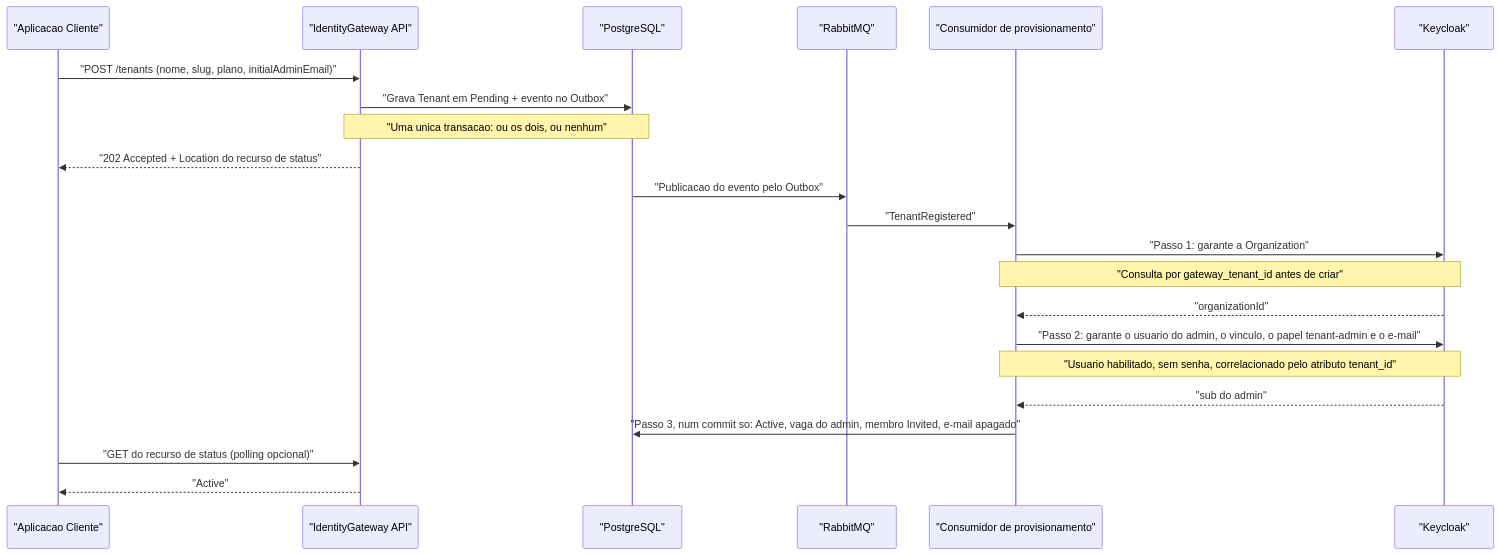
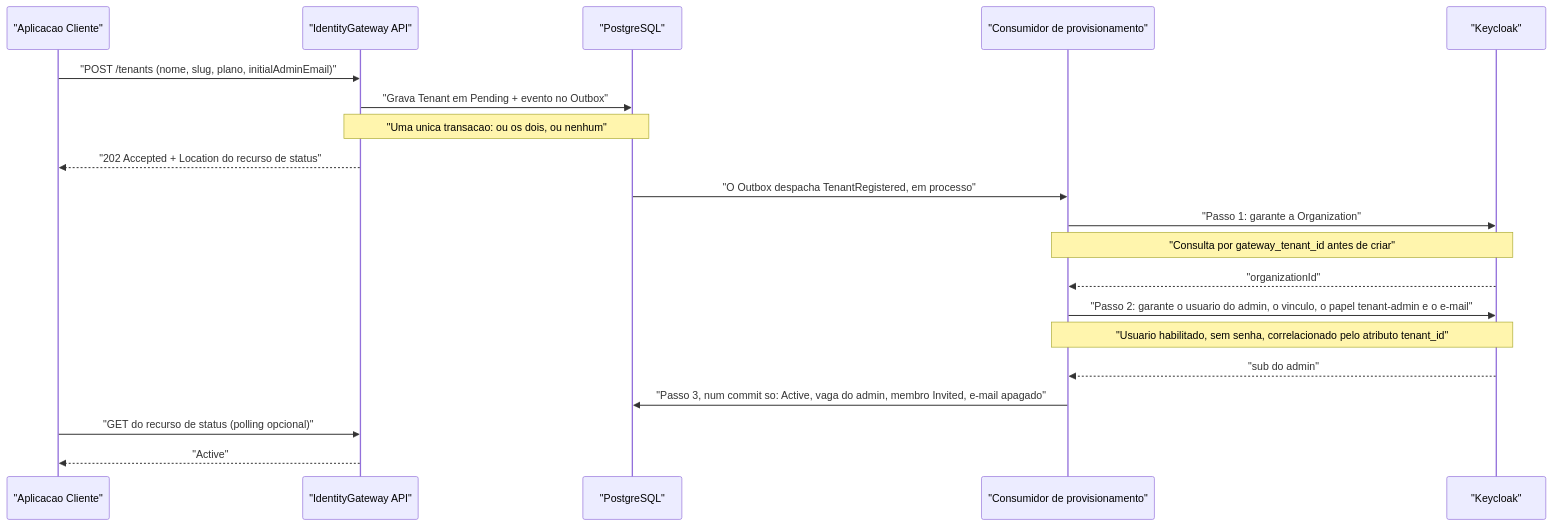
The sixth of 16 diagrams in docs/documentacao-negocio.md (Joseleno/identity-gateway), drawn with Mermaid before and after one commit. The commit also changed other lines of this file and 4 other files, not shown here.

````diff
--- a/docs/documentacao-negocio.md
+++ b/docs/documentacao-negocio.md
@@ -1448,25 +1544,23 @@
 ```mermaid
 sequenceDiagram
     participant APP as "Aplicacao Cliente"
     participant GW as "IdentityGateway API"
     participant PG as "PostgreSQL"
-    participant MQ as "RabbitMQ"
     participant CONS as "Consumidor de provisionamento"
     participant KC as "Keycloak"
 
     APP->>GW: "POST /tenants (nome, slug, plano, initialAdminEmail)"
     GW->>PG: "Grava Tenant em Pending + evento no Outbox"
     Note over GW,PG: "Uma unica transacao: ou os dois, ou nenhum"
     GW-->>APP: "202 Accepted + Location do recurso de status"
-    PG->>MQ: "Publicacao do evento pelo Outbox"
-    MQ->>CONS: "TenantRegistered"
+    PG->>CONS: "O Outbox despacha TenantRegistered, em processo"
     CONS->>KC: "Passo 1: garante a Organization"
     Note over CONS,KC: "Consulta por gateway_tenant_id antes de criar"
     KC-->>CONS: "organizationId"
     CONS->>KC: "Passo 2: garante o usuario do admin, o vinculo, o papel tenant-admin e o e-mail"
     Note over CONS,KC: "Usuario habilitado, sem senha, correlacionado pelo atributo tenant_id"
     KC-->>CONS: "sub do admin"
     CONS->>PG: "Passo 3, num commit so: Active, vaga do admin, membro Invited, e-mail apagado"
     APP->>GW: "GET do recurso de status (polling opcional)"
     GW-->>APP: "Active"
 ```
````
